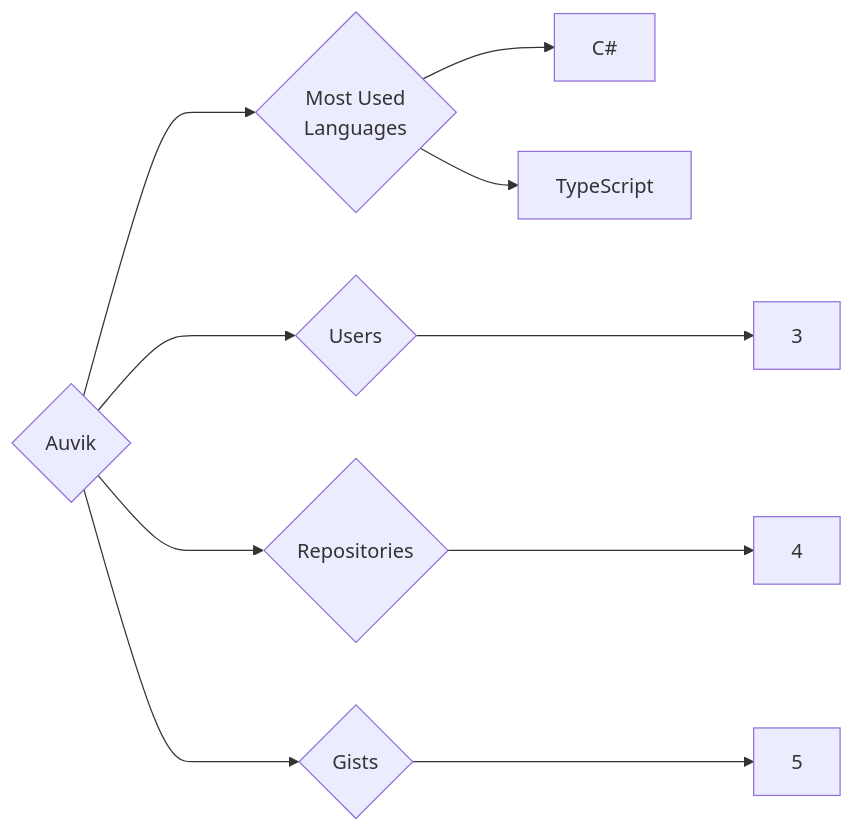
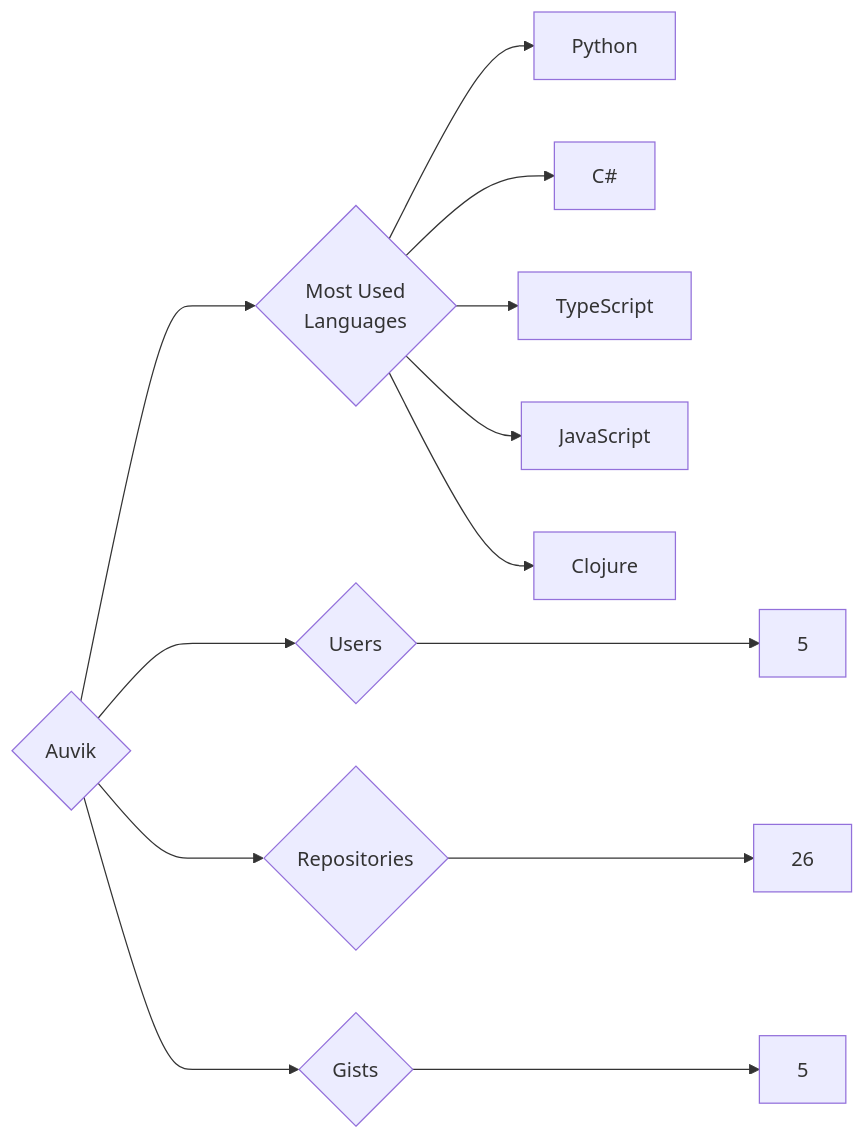
Before and after one commit to trickest/insiders: the diagram in targets/Auvik/README.md, drawn with Mermaid. The commit also changed 1092 other files, not shown here.

````diff
--- a/targets/Auvik/README.md
+++ b/targets/Auvik/README.md
@@ -3,10 +3,13 @@
 ```mermaid
 graph LR
 COMPANY_NAME{Auvik}
-COMPANY_NAME ---> U{Users} ---> UN[3]
-COMPANY_NAME ---> R{Repositories} ---> RN[4]
+COMPANY_NAME ---> U{Users} ---> UN[5]
+COMPANY_NAME ---> R{Repositories} ---> RN[26]
 COMPANY_NAME ---> G{Gists} ---> GN[5]
 COMPANY_NAME ---> ML{Most Used<br>Languages}
+ML --> Python[Python]
 ML --> C#[C#]
 ML --> TypeScript[TypeScript]
+ML --> JavaScript[JavaScript]
+ML --> Clojure[Clojure]
 ```
````
